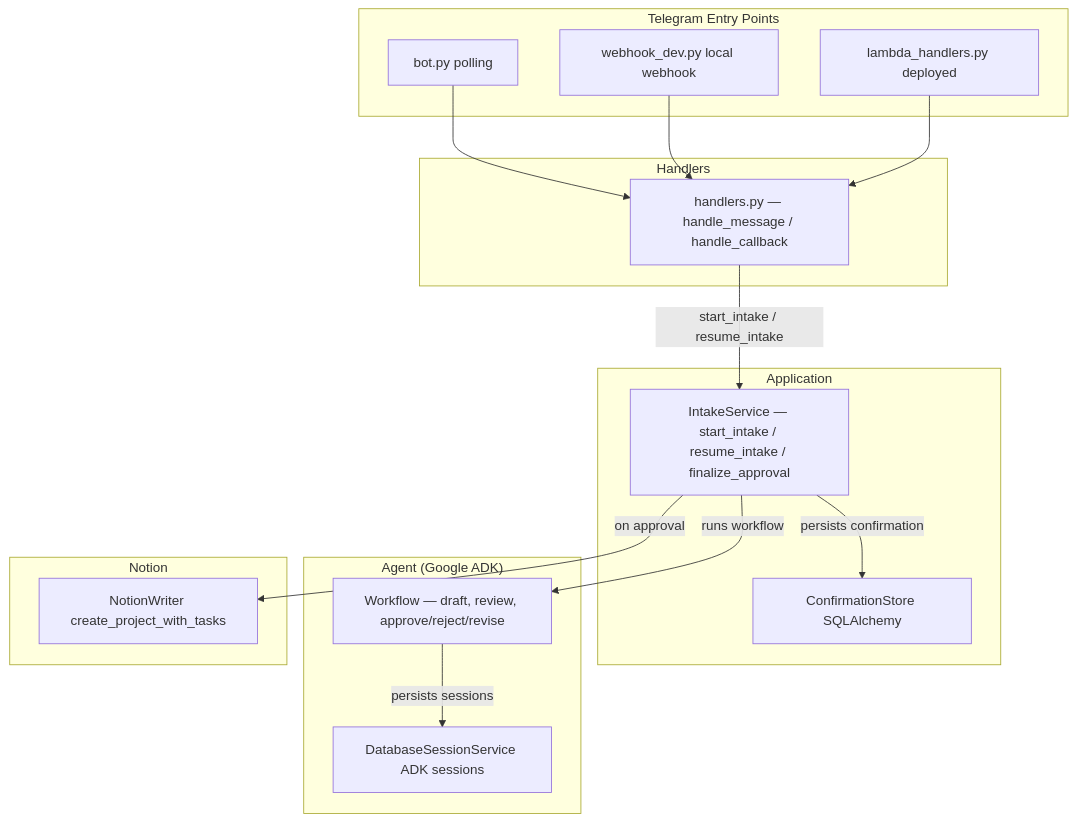
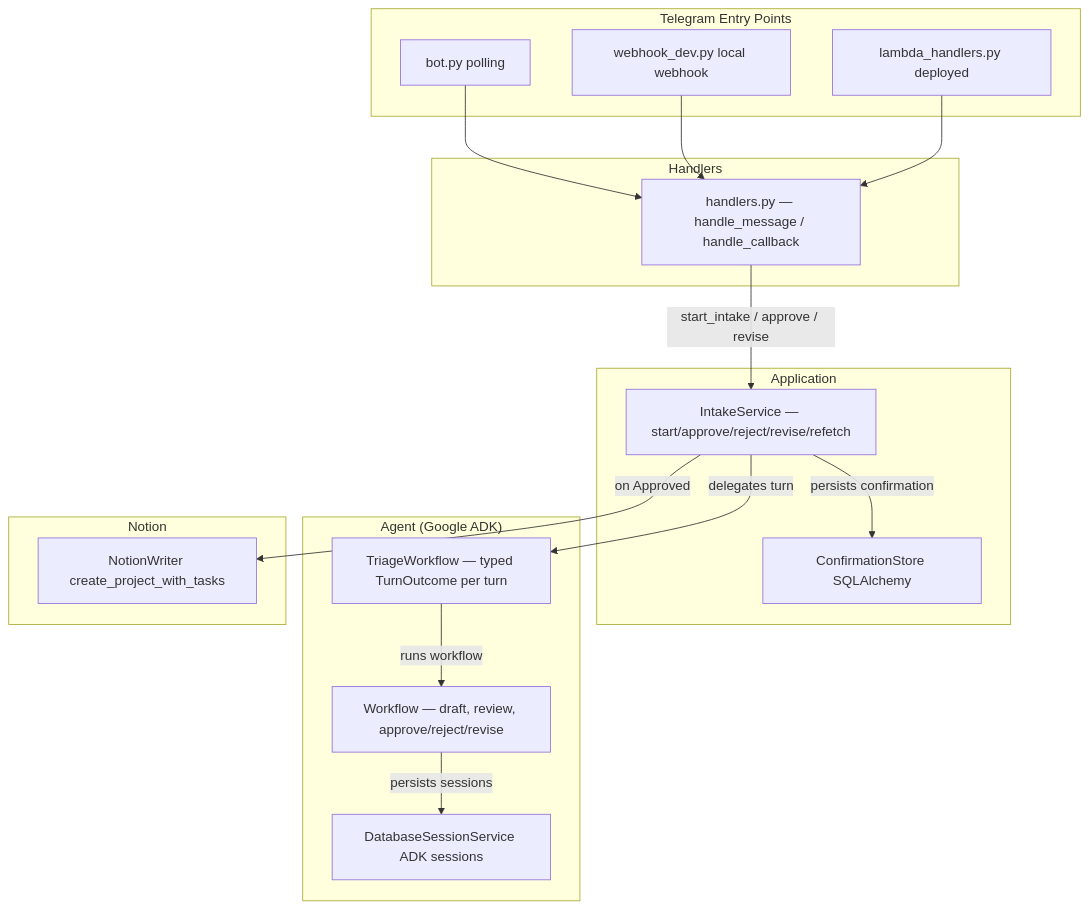
Before and after one commit to iamtokarev/backlog-tamer: the diagram in openwiki/architecture/overview.md, drawn with Mermaid. The commit also changed other lines of this file and 9 other files, not shown here.

Commit message:
docs: refresh OpenWiki and resolve triage workflow seam tickets

````diff
--- a/openwiki/architecture/overview.md
+++ b/openwiki/architecture/overview.md
@@ -51,35 +52,37 @@
 ```mermaid
 flowchart TD
     subgraph "Telegram Entry Points"
         A1["bot.py polling"]
         A2["webhook_dev.py local webhook"]
         A3["lambda_handlers.py deployed"]
     end
 
     subgraph "Handlers"
         H["handlers.py — handle_message / handle_callback"]
     end
 
     subgraph "Application"
-        IS["IntakeService — start_intake / resume_intake / finalize_approval"]
+        IS["IntakeService — start/approve/reject/revise/refetch"]
         CS["ConfirmationStore SQLAlchemy"]
     end
 
     subgraph "Agent (Google ADK)"
+        TW["TriageWorkflow — typed TurnOutcome per turn"]
         WF["Workflow — draft, review, approve/reject/revise"]
         DS["DatabaseSessionService ADK sessions"]
     end
 
     subgraph "Notion"
         NW["NotionWriter create_project_with_tasks"]
     end
 
     A1 --> H
     A2 --> H
     A3 --> H
-    H -->|"start_intake / resume_intake"| IS
-    IS -->|"runs workflow"| WF
+    H -->|"start_intake / approve / revise"| IS
+    IS -->|"delegates turn"| TW
+    TW -->|"runs workflow"| WF
     WF -->|"persists sessions"| DS
     IS -->|"persists confirmation"| CS
-    IS -->|"on approval"| NW
+    IS -->|"on Approved"| NW
 ```
````
